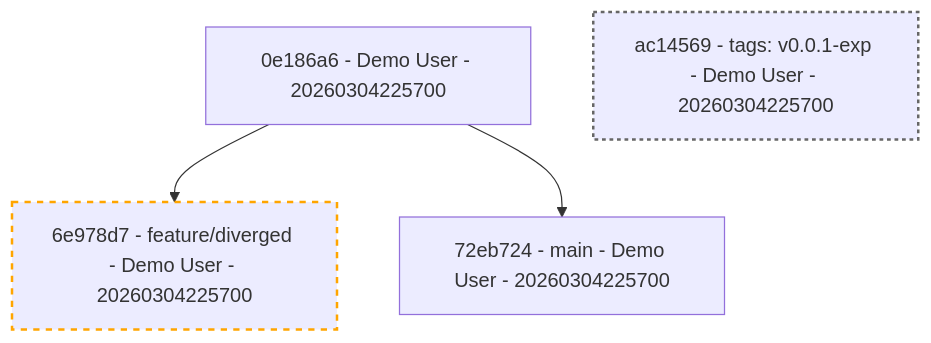
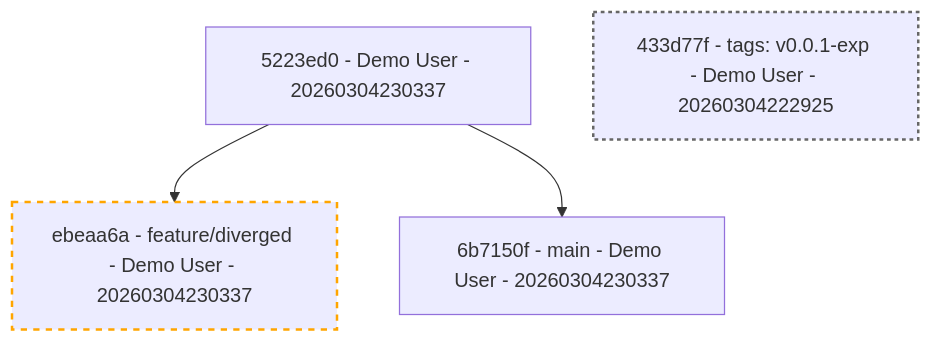
The third of 3 diagrams in examples/EXAMPLES.md (TheTrueSCU/git-graphable), drawn with Mermaid before and after one commit. The commit also changed other lines of this file and 1 other file, not shown here.

````diff
--- a/examples/EXAMPLES.md
+++ b/examples/EXAMPLES.md
@@ -85,11 +85,11 @@
 ```mermaid
 flowchart TD
-0e186a6c5e12cf892906f609f5e9debee1868f68["0e186a6 - Demo User - 20260304225700"]
-ac1456947e4e34408bfe1dcabb0d280284311182["ac14569 - tags: v0.0.1-exp - Demo User - 20260304225700"]
-style ac1456947e4e34408bfe1dcabb0d280284311182 stroke:#666,stroke-width:2px,stroke-dasharray: 3 3
-6e978d748419ac3151455a37e7cd94d0f2507f84["6e978d7 - feature/diverged - Demo User - 20260304225700"]
-style 6e978d748419ac3151455a37e7cd94d0f2507f84 stroke:orange,stroke-width:2px,stroke-dasharray: 5 5
-72eb724f8e74e5f67f6f8a6355e820bbbd0daee7["72eb724 - main - Demo User - 20260304225700"]
-0e186a6c5e12cf892906f609f5e9debee1868f68 --> 6e978d748419ac3151455a37e7cd94d0f2507f84
-0e186a6c5e12cf892906f609f5e9debee1868f68 --> 72eb724f8e74e5f67f6f8a6355e820bbbd0daee7
+5223ed03ff44ab68ffe4985a1d5cfba93a41972a["5223ed0 - Demo User - 20260304230337"]
+433d77f339a1d5a9e51ae7d614dce9bb813c0789["433d77f - tags: v0.0.1-exp - Demo User - 20260304222925"]
+style 433d77f339a1d5a9e51ae7d614dce9bb813c0789 stroke:#666,stroke-width:2px,stroke-dasharray: 3 3
+ebeaa6afb7b85a2d84d8aa5279ca3ad50f54a987["ebeaa6a - feature/diverged - Demo User - 20260304230337"]
+style ebeaa6afb7b85a2d84d8aa5279ca3ad50f54a987 stroke:orange,stroke-width:2px,stroke-dasharray: 5 5
+6b7150fa345c274de280b021c7c94300b0920604["6b7150f - main - Demo User - 20260304230337"]
+5223ed03ff44ab68ffe4985a1d5cfba93a41972a --> ebeaa6afb7b85a2d84d8aa5279ca3ad50f54a987
+5223ed03ff44ab68ffe4985a1d5cfba93a41972a --> 6b7150fa345c274de280b021c7c94300b0920604
 ```
````
